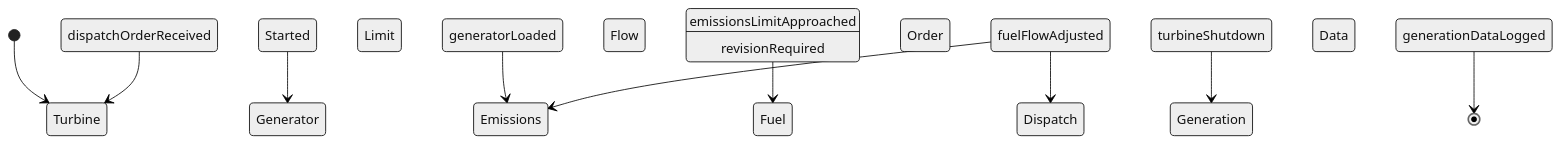
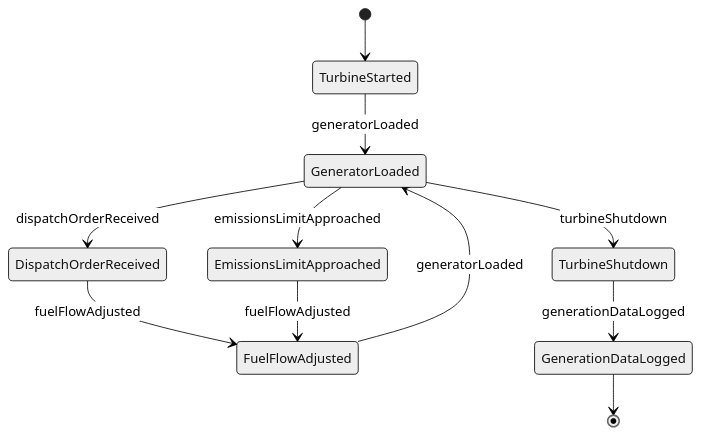
Before and after one commit to dot-org-ai/tasks.org.ai: the second of 4 diagrams in ControllingMachinesAndProcesses/OperateEnergyProductionOrDistributionEquipment/OperateNaturalGasGenerationEquipment.mdx, drawn with Mermaid (neutral theme). The commit also changed other lines of this file and 515 other files, not shown here.

````diff
--- a/ControllingMachinesAndProcesses/OperateEnergyProductionOrDistributionEquipment/OperateNaturalGasGenerationEquipment.mdx
+++ b/ControllingMachinesAndProcesses/OperateEnergyProductionOrDistributionEquipment/OperateNaturalGasGenerationEquipment.mdx
@@ -98,12 +98,13 @@
 ```mermaid
 stateDiagram-v2
-    [*] --> Turbine Started
-    Turbine Started --> Generator Loaded : generatorLoaded
-    Generator Loaded --> Emissions Limit Approached : emissionsLimitApproached
-    Emissions Limit Approached --> Fuel Flow Adjusted : fuelFlowAdjusted
-    Fuel Flow Adjusted --> Dispatch Order Received : dispatchOrderReceived
-    Dispatch Order Received --> Turbine Shutdown : turbineShutdown
-    Turbine Shutdown --> Generation Data Logged : generationDataLogged
-    Fuel Flow Adjusted --> Emissions Limit Approached : revisionRequired
-    Generation Data Logged --> [*]
+    [*] --> TurbineStarted
+    TurbineStarted --> GeneratorLoaded : generatorLoaded
+    GeneratorLoaded --> DispatchOrderReceived : dispatchOrderReceived
+    DispatchOrderReceived --> FuelFlowAdjusted : fuelFlowAdjusted
+    FuelFlowAdjusted --> GeneratorLoaded : generatorLoaded
+    GeneratorLoaded --> EmissionsLimitApproached : emissionsLimitApproached
+    EmissionsLimitApproached --> FuelFlowAdjusted : fuelFlowAdjusted
+    GeneratorLoaded --> TurbineShutdown : turbineShutdown
+    TurbineShutdown --> GenerationDataLogged : generationDataLogged
+    GenerationDataLogged --> [*]
 ```
````
